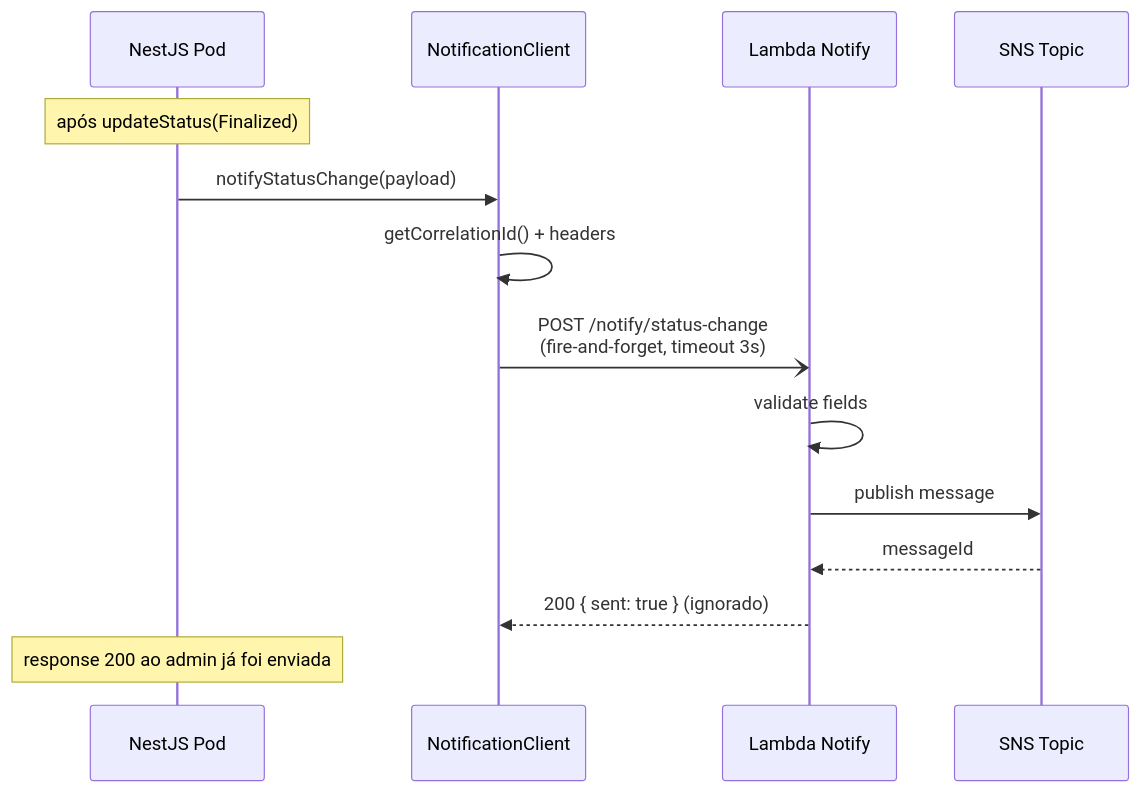
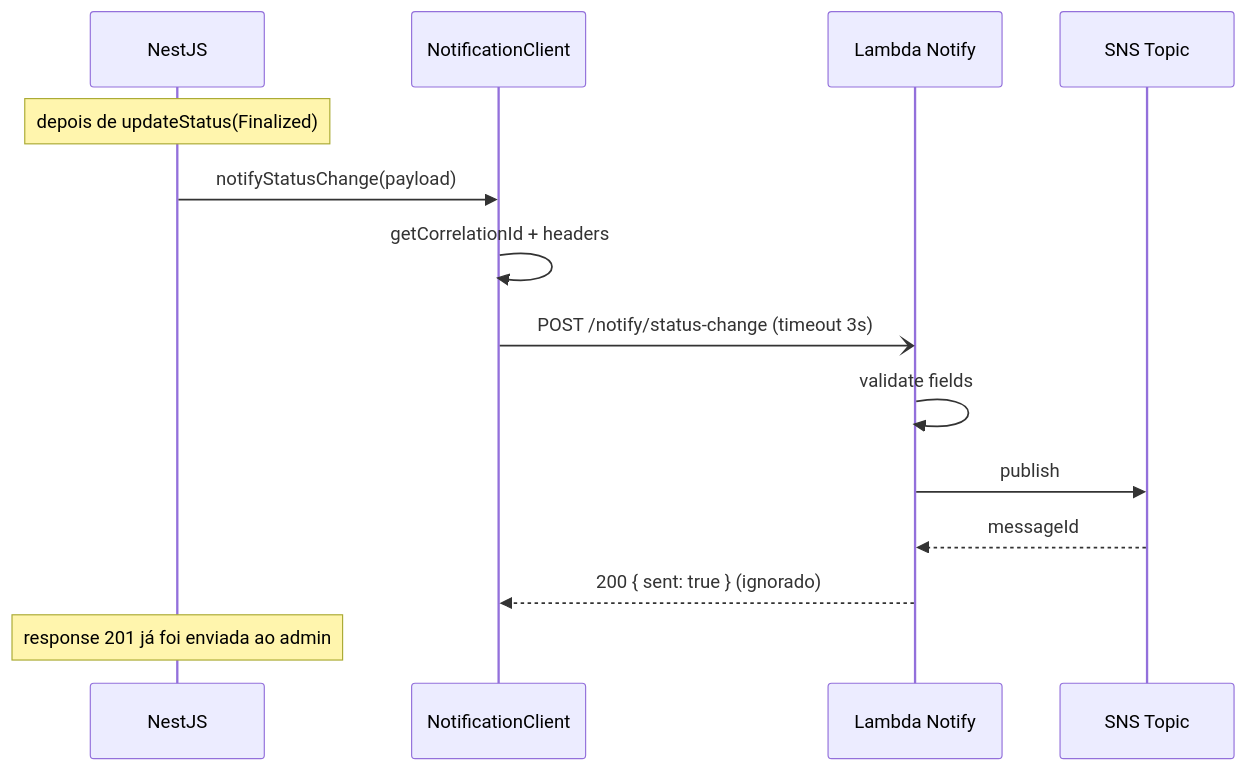
The second of 2 diagrams in docs/architecture/sequence-create-os.md (JairNunes/repo-app), drawn with Mermaid before and after one commit. The commit also changed other lines of this file and 18 other files, not shown here.

Commit message:
docs: refactor readme, architecture, rfcs and adrs

````diff
--- a/docs/architecture/sequence-create-os.md
+++ b/docs/architecture/sequence-create-os.md
@@ -90,18 +55,17 @@
 ```mermaid
 sequenceDiagram
-    participant App as NestJS Pod
+    participant App as NestJS
     participant NC as NotificationClient
     participant LN as Lambda Notify
     participant SNS as SNS Topic
 
-    Note over App: após updateStatus(Finalized)
-
+    Note over App: depois de updateStatus(Finalized)
     App->>NC: notifyStatusChange(payload)
-    NC->>NC: getCorrelationId() + headers
-    NC-)LN: POST /notify/status-change<br/>(fire-and-forget, timeout 3s)
+    NC->>NC: getCorrelationId + headers
+    NC-)LN: POST /notify/status-change (timeout 3s)
     LN->>LN: validate fields
-    LN->>SNS: publish message
+    LN->>SNS: publish
     SNS-->>LN: messageId
     LN-->>NC: 200 { sent: true } (ignorado)
-    Note over App: response 200 ao admin já foi enviada
+    Note over App: response 201 já foi enviada ao admin
 ```
````
